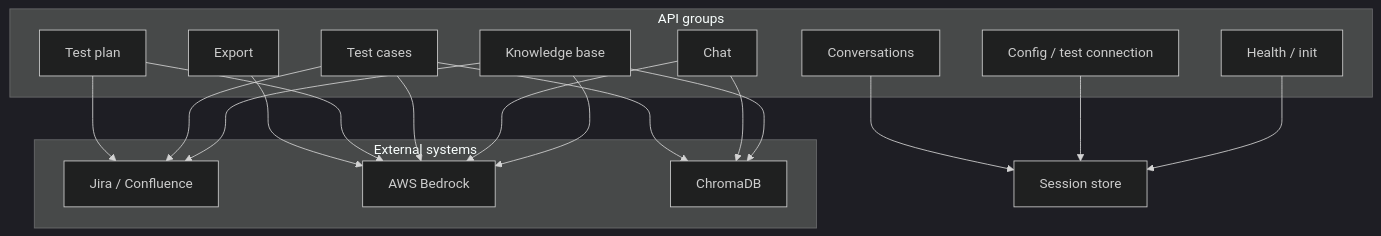
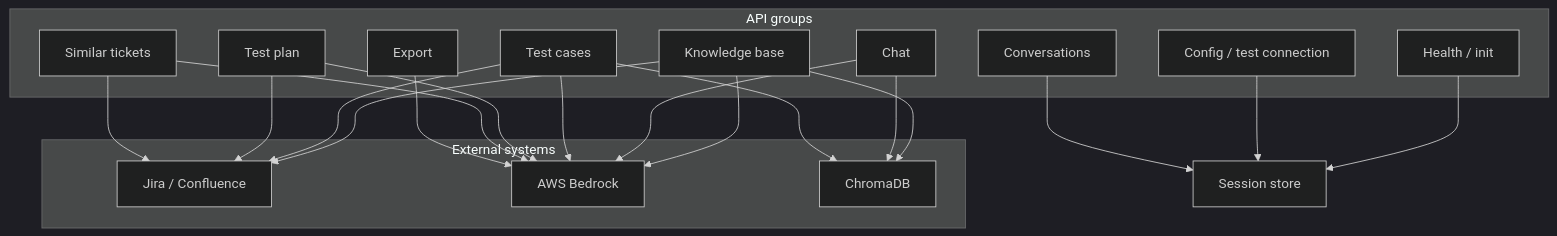
The second of 2 diagrams in docs/ARCHITECTURE.md (sunnydas1992/AI_Assistant_Angular), drawn with Mermaid (dark theme) before and after one commit. The commit also changed other lines of this file and 3 other files, not shown here.

First line of the commit message:
docs: update all documentation with similar tickets feature

````diff
--- a/docs/ARCHITECTURE.md
+++ b/docs/ARCHITECTURE.md
@@ -74,34 +75,37 @@
 ```mermaid
 flowchart TB
   subgraph api_groups [API groups]
     Health["Health / init"]
     ConfigAPI["Config / test connection"]
     KBAPI["Knowledge base"]
     ChatAPI[Chat]
     ConvoAPI[Conversations]
     TestCaseAPI["Test cases"]
     TestPlanAPI["Test plan"]
+    SimilarAPI["Similar tickets"]
     ExportAPI[Export]
   end
 
   subgraph external [External systems]
     Jira[Jira / Confluence]
     BedrockExt[AWS Bedrock]
     Chroma[ChromaDB]
   end
 
   Health --> SessionStore["Session store"]
   ConfigAPI --> SessionStore
   KBAPI --> Jira
   KBAPI --> BedrockExt
   KBAPI --> Chroma
   ChatAPI --> BedrockExt
   ChatAPI --> Chroma
   ConvoAPI --> SessionStore
   TestCaseAPI --> Jira
   TestCaseAPI --> BedrockExt
   TestCaseAPI --> Chroma
   TestPlanAPI --> Jira
   TestPlanAPI --> BedrockExt
+  SimilarAPI --> Jira
+  SimilarAPI --> BedrockExt
   ExportAPI --> BedrockExt
 ```
````
